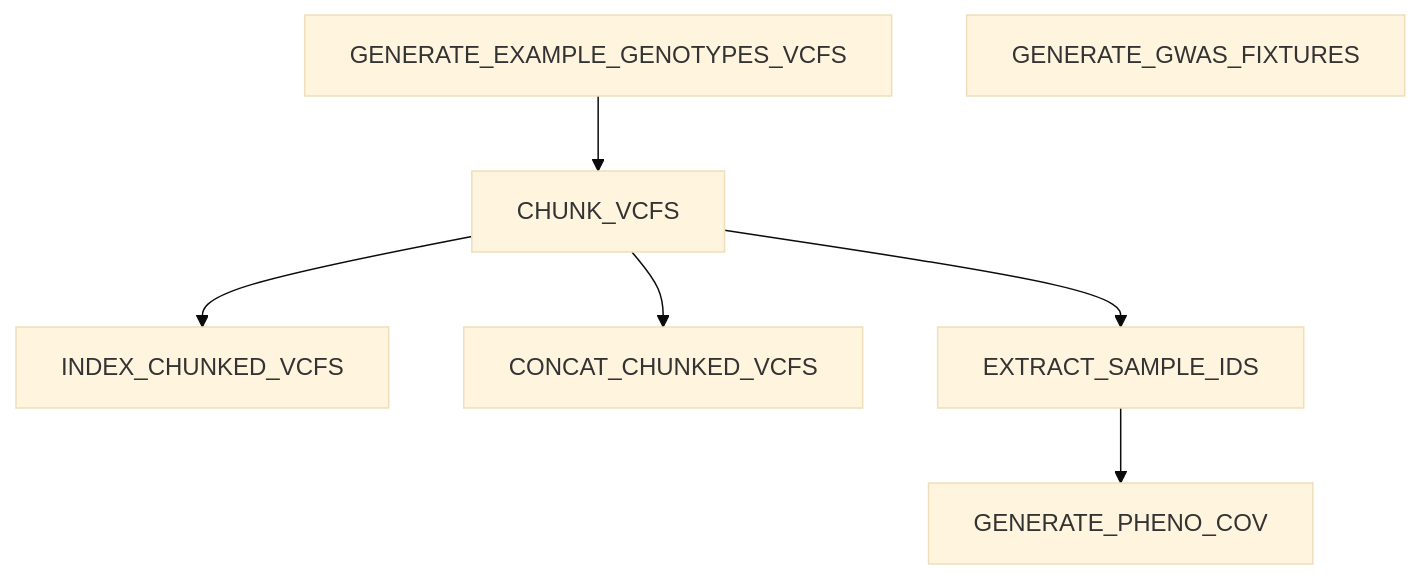
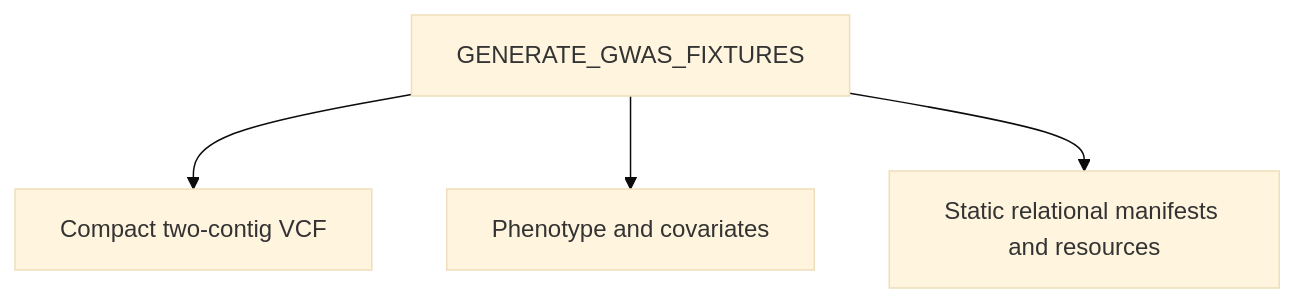
Before and after one commit to nf-core/test-datasets: the diagram in README.md, drawn with Mermaid (base theme). The commit also changed other lines of this file and 103 other files, not shown here.

Commit message:
refactor(fixtures): retire legacy GWAS dataset

````diff
--- a/README.md
+++ b/README.md
@@ -13,9 +13,6 @@
 ```mermaid
 graph TD
-    A[GENERATE_EXAMPLE_GENOTYPES_VCFS] --> B[CHUNK_VCFS]
-    B --> C[INDEX_CHUNKED_VCFS]
-    B --> D[CONCAT_CHUNKED_VCFS]
-    B --> F[EXTRACT_SAMPLE_IDS]
-    F --> G[GENERATE_PHENO_COV]
-    H[GENERATE_GWAS_FIXTURES]
+    A[GENERATE_GWAS_FIXTURES] --> B[Compact two-contig VCF]
+    A --> C[Phenotype and covariates]
+    A --> D[Static relational manifests and resources]
 ```
````
